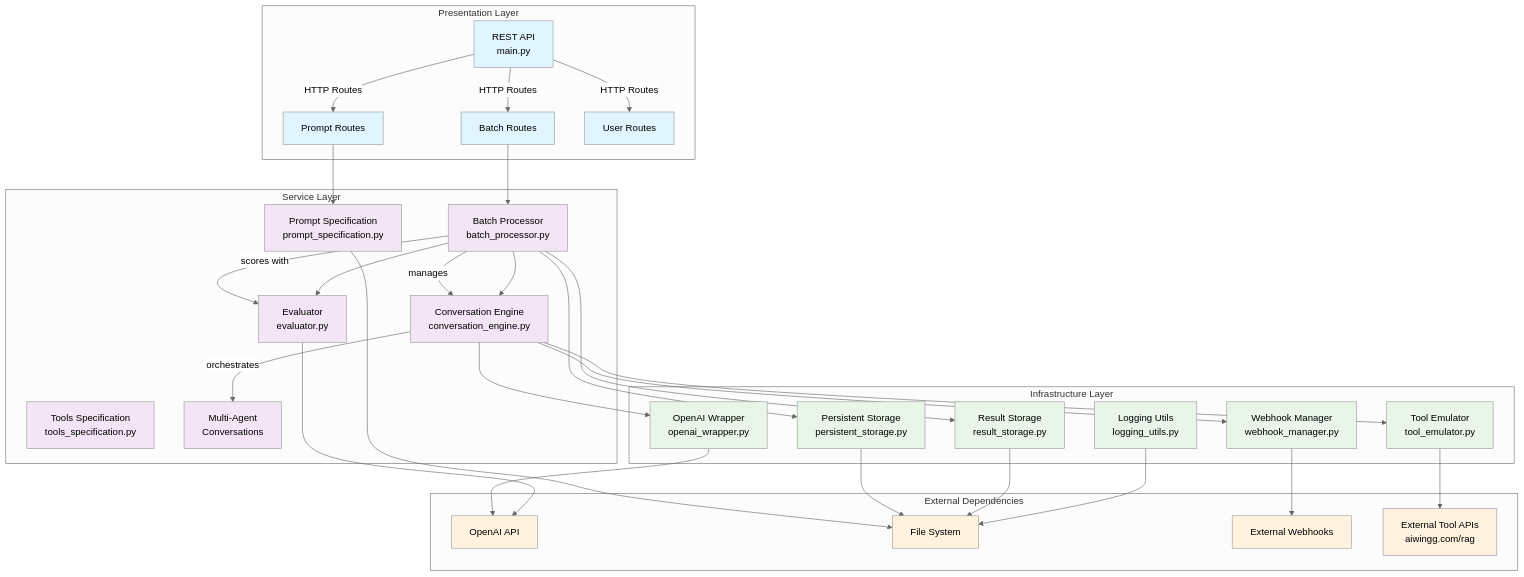
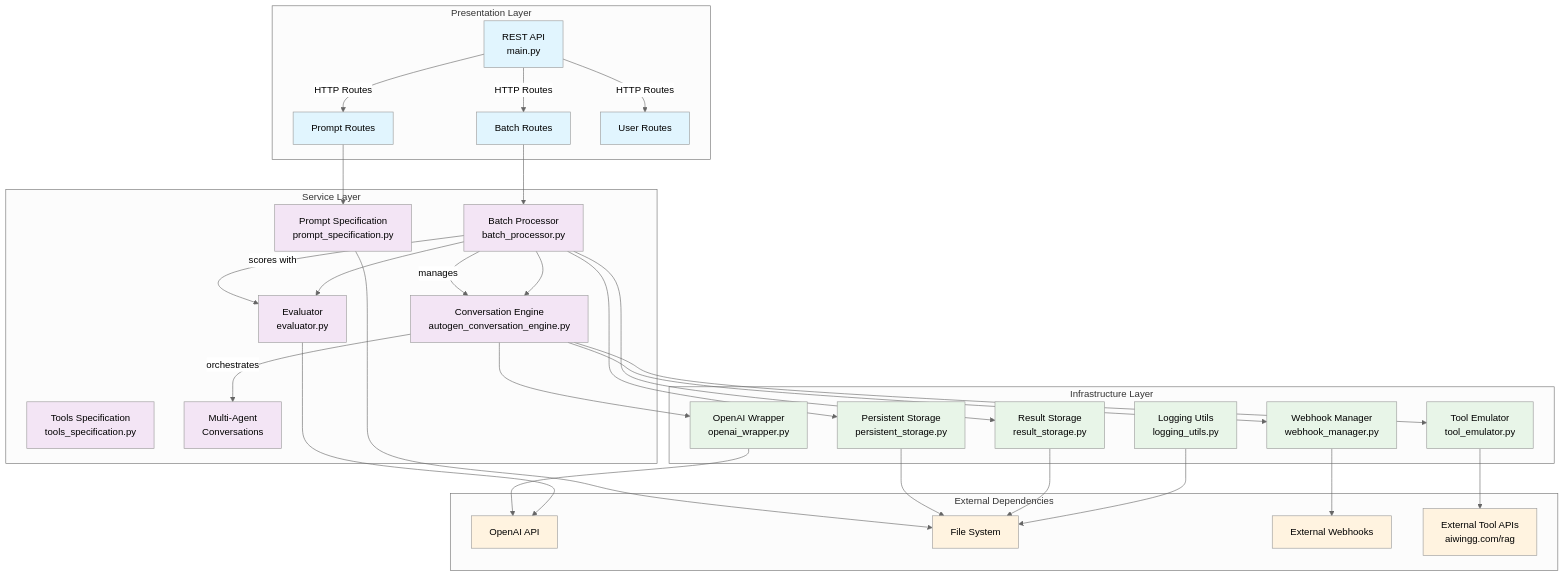
Before and after one commit to aiwingg/agents_simulations: the diagram in llm-simulation-service/README.md, drawn with Mermaid (neutral theme). The commit also changed 8 other files, not shown here.

Commit message:
Remove old conversation engine and unify docs

````diff
--- a/llm-simulation-service/README.md
+++ b/llm-simulation-service/README.md
@@ -32,70 +32,70 @@
 ```mermaid
 graph TB
     subgraph "Presentation Layer"
         API[REST API<br/>main.py]
         
         API --> |HTTP Routes| BR[Batch Routes]
         API --> |HTTP Routes| PR[Prompt Routes] 
         API --> |HTTP Routes| UR[User Routes]
     end
     
     subgraph "Service Layer"
-        CE[Conversation Engine<br/>conversation_engine.py]
+        CE[Conversation Engine<br/>autogen_conversation_engine.py]
         BP[Batch Processor<br/>batch_processor.py]
         EV[Evaluator<br/>evaluator.py]
         PS[Prompt Specification<br/>prompt_specification.py]
         TS[Tools Specification<br/>tools_specification.py]
         
         CE --> |orchestrates| MA[Multi-Agent<br/>Conversations]
         BP --> |manages| CE
         BP --> |scores with| EV
     end
     
     subgraph "Infrastructure Layer"
         OW[OpenAI Wrapper<br/>openai_wrapper.py]
         PST[Persistent Storage<br/>persistent_storage.py]
         RS[Result Storage<br/>result_storage.py]
         TE[Tool Emulator<br/>tool_emulator.py]
         WM[Webhook Manager<br/>webhook_manager.py]
         LU[Logging Utils<br/>logging_utils.py]
     end
     
     subgraph "External Dependencies"
         OPENAI[OpenAI API]
         FS[File System]
         WH[External Webhooks]
         EXT_API[External Tool APIs<br/>aiwingg.com/rag]
     end
     
     %% Layer connections
     BR --> BP
     PR --> PS
     BP --> CE
     BP --> EV
     CE --> OW
     CE --> TE
     CE --> WM
     BP --> PST
     BP --> RS
     PS --> FS
     
     %% External connections
     OW --> OPENAI
     EV --> OPENAI
     PST --> FS
     RS --> FS
     WM --> WH
     TE --> EXT_API
     LU --> FS
     
     %% Styling
     classDef presentation fill:#e1f5fe
     classDef service fill:#f3e5f5  
     classDef infrastructure fill:#e8f5e8
     classDef external fill:#fff3e0
     
     class API,BR,PR,UR presentation
     class CE,BP,EV,PS,TS,MA service
     class OW,PST,RS,TE,WM,LU infrastructure
     class OPENAI,FS,WH,EXT_API external
 ```
````
